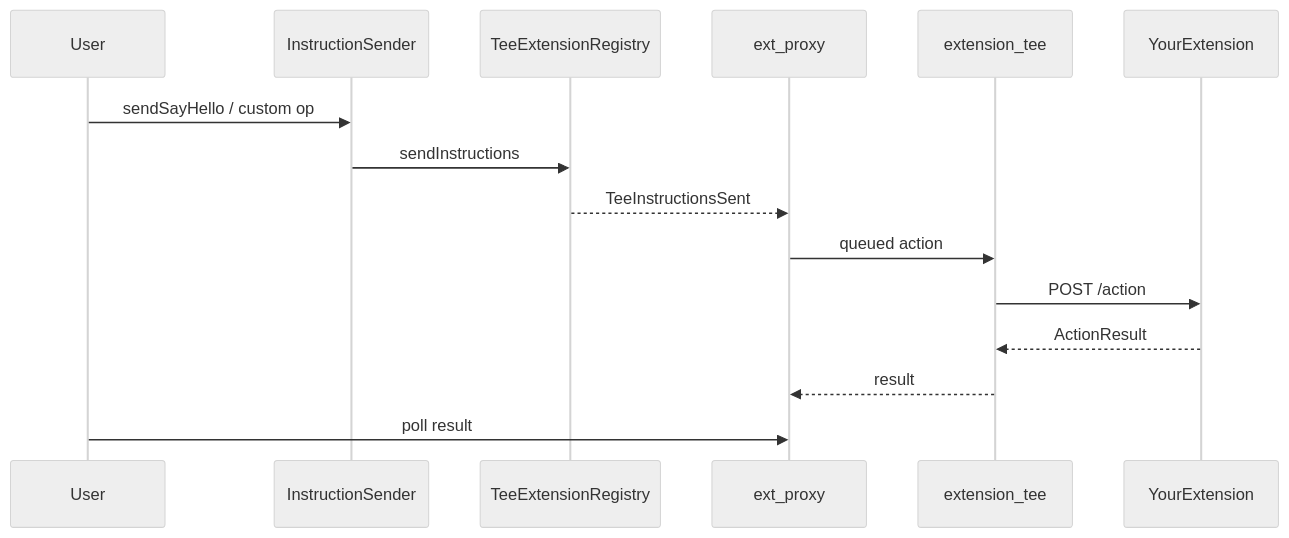
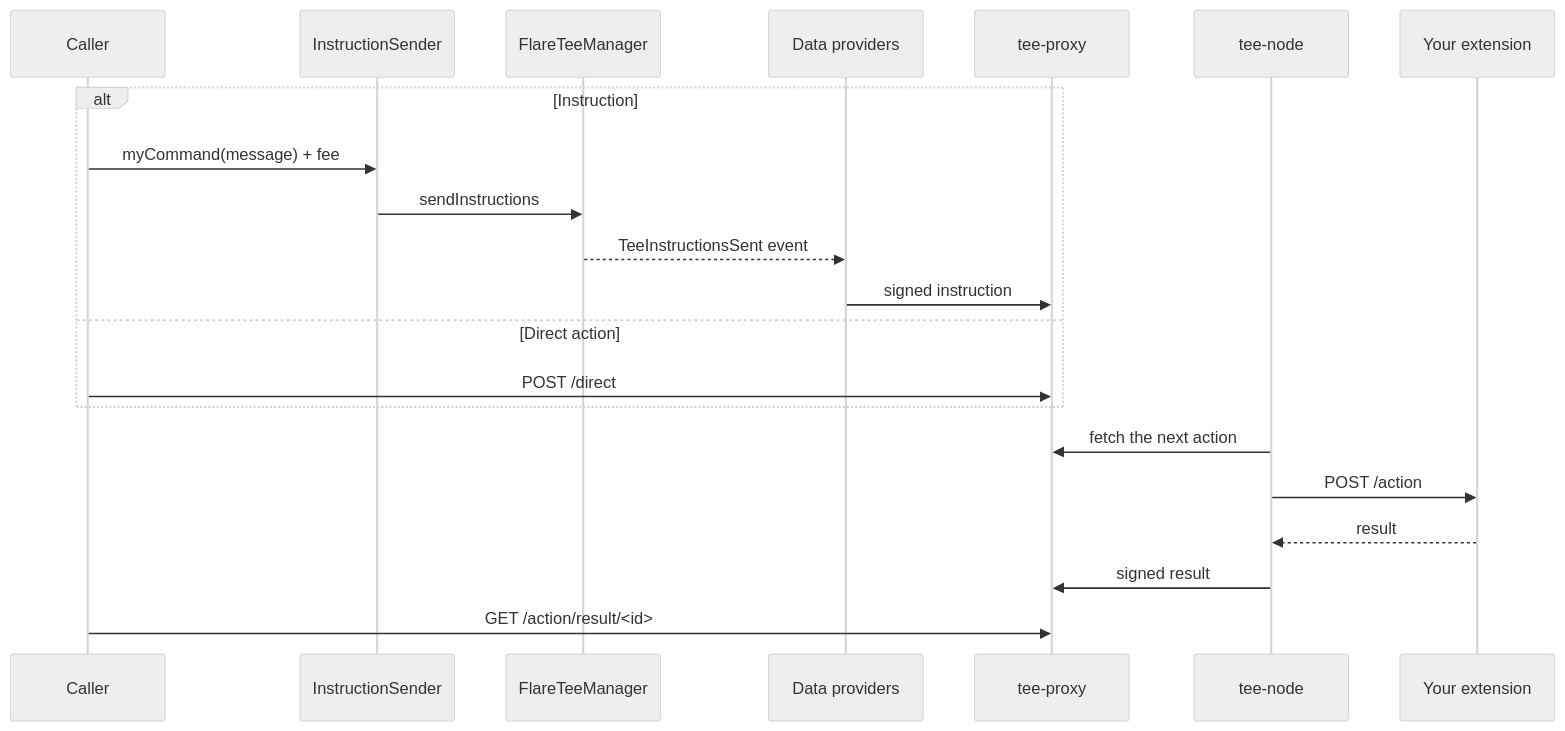
The diagram in docs/fcc/guides/00-getting-started.mdx (flare-foundation/developer-hub), drawn with Mermaid (neutral theme) before and after one commit. The commit also changed other lines of this file and 68 other files, not shown here.

````diff
--- a/docs/fcc/guides/00-getting-started.mdx
+++ b/docs/fcc/guides/00-getting-started.mdx
@@ -67,18 +55,24 @@
 ```mermaid
 sequenceDiagram
-  participant User
+  participant Caller
   participant Sender as InstructionSender
-  participant Registry as TeeExtensionRegistry
-  participant Proxy as ext_proxy
-  participant TEE as extension_tee
-  participant Ext as YourExtension
+  participant Manager as FlareTeeManager
+  participant DP as Data providers
+  participant Proxy as tee-proxy
+  participant Node as tee-node
+  participant Ext as Your extension
 
-  User->>Sender: sendSayHello / custom op
-  Sender->>Registry: sendInstructions
-  Registry-->>Proxy: TeeInstructionsSent
-  Proxy->>TEE: queued action
-  TEE->>Ext: POST /action
-  Ext-->>TEE: ActionResult
-  TEE-->>Proxy: result
-  User->>Proxy: poll result
+  alt Instruction
+    Caller->>Sender: myCommand(message) + fee
+    Sender->>Manager: sendInstructions
+    Manager-->>DP: TeeInstructionsSent event
+    DP->>Proxy: signed instruction
+  else Direct action
+    Caller->>Proxy: POST /direct
+  end
+  Node->>Proxy: fetch the next action
+  Node->>Ext: POST /action
+  Ext-->>Node: result
+  Node->>Proxy: signed result
+  Caller->>Proxy: GET /action/result/<id>
 ```
````
